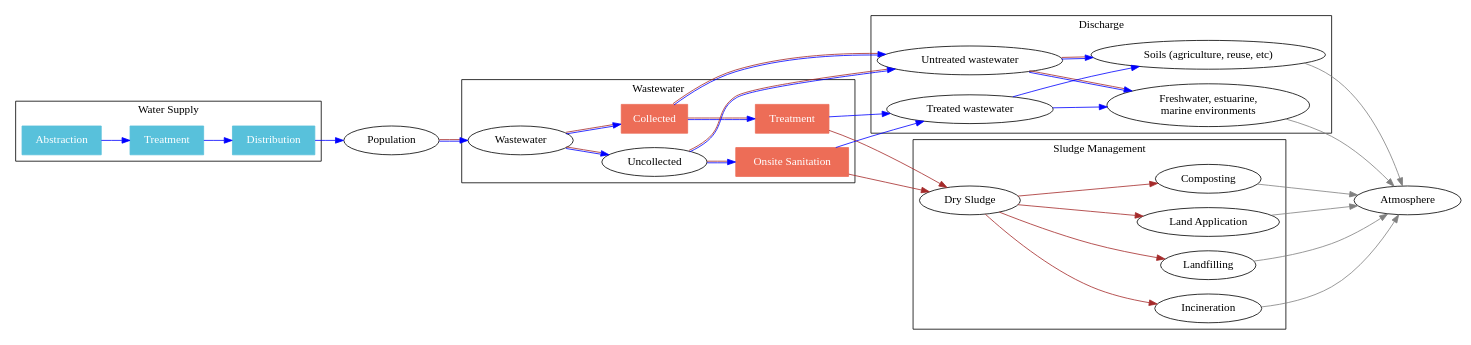
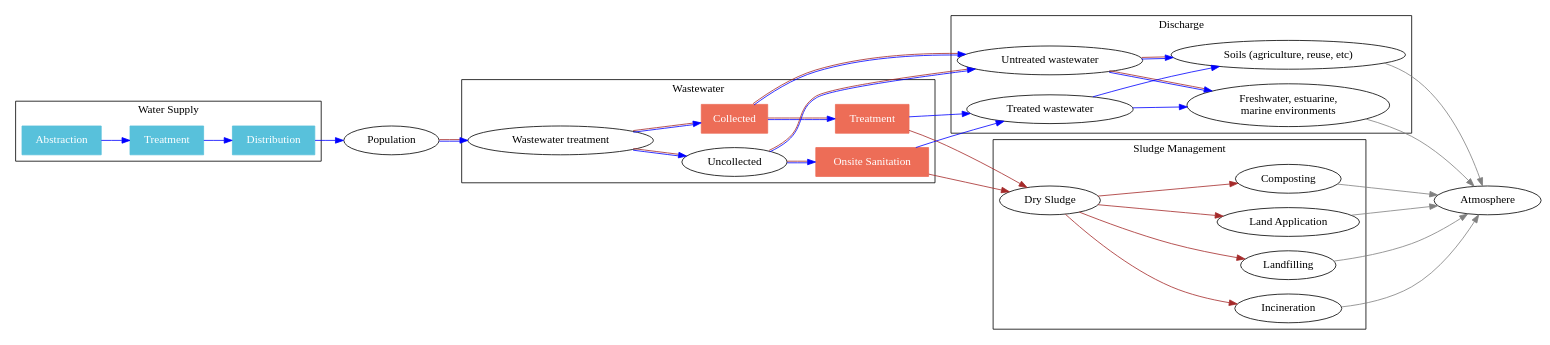
One commit to icra/ecam changed the diagram in v3/frontend/diagram/map.dot. Above: the diagram before and after it, drawn with Graphviz. The commit also changed 7 other files, not shown here.

```diff
--- a/v3/frontend/diagram/map.dot
+++ b/v3/frontend/diagram/map.dot
@@ -1,56 +1,56 @@
 digraph MyGraph {
   rankdir="LR";
 
   wsa [label="Abstraction", style="filled",color="#58c1db",fontcolor="white",shape="box"]
   wst [label="Treatment",   style="filled",color="#58c1db",fontcolor="white",shape="box"]
   wsd [label="Distribution",style="filled",color="#58c1db",fontcolor="white",shape="box"]
   pop [label="Population"]
-  ww  [label="Wastewater"]
+  ww  [label="Wastewater treatment"]
 
   col [label="Collected", style="filled",color="#ed6d57",fontcolor="white",shape="box"]
   unc [label="Uncollected"]
 
   wwt [label="Treatment",         style="filled",color="#ed6d57",fontcolor="white",shape="box"]
   ons [label="Onsite Sanitation", style="filled",color="#ed6d57",fontcolor="white",shape="box"]
 
 
   unt [label="Untreated wastewater"]
   dis [label="Treated wastewater"]
 
   riv [label="Freshwater, estuarine,\nmarine environments"]
   soi [label="Soils (agriculture, reuse, etc)"]
   slu [label="Dry Sludge"]
   inc [label="Incineration"]
   laf [label="Landfilling"]
   lap [label="Land Application"]
   com [label="Composting"]
 
   subgraph cluster_ws {
     label="Water Supply"
     wsa -> wst -> wsd [color="blue"]
   }
 
   wsd -> pop [color="blue"]
   pop -> ww  [color="blue:brown"]
 
   subgraph cluster_ww{
     label="Wastewater"
     ww  -> {col unc} [color="blue:brown"]
     unc -> ons              [color="blue:brown"]
     col -> wwt              [color="blue:brown"]
   }
 
   subgraph cluster_dis {
     label="Discharge"
     {unc col} -> unt [color="blue:brown"]
     unt -> {riv soi} [color="blue:brown"]
     {ons wwt} -> dis -> {riv soi} [color="blue"]
   }
 
   subgraph cluster_sm{
     label="Sludge Management"
     {ons wwt} -> slu -> {inc laf lap com} [color="brown"]
   }
 
   {riv soi inc laf lap com} -> Atmosphere [color="grey"]
 }
```
